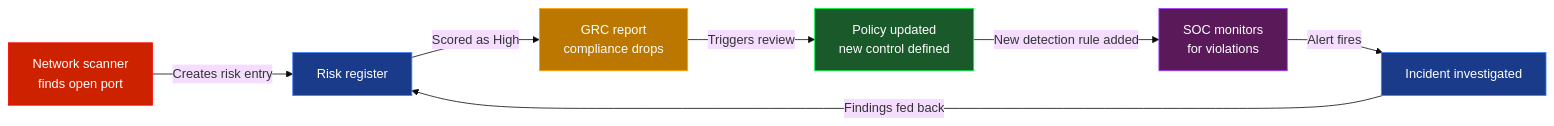
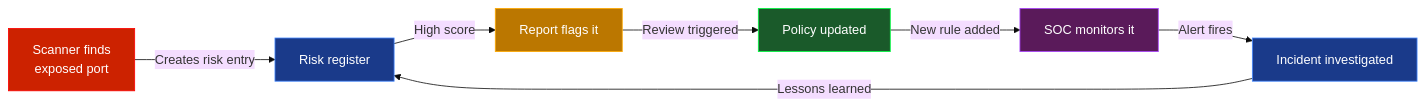
The fifth of 5 diagrams in README.md (Speed-boo3/grc-project), drawn with Mermaid (base theme) before and after one commit. The commit also changed other lines of this file, not shown here.

````diff
--- a/README.md
+++ b/README.md
@@ -286,16 +205,16 @@
 ```mermaid
 flowchart LR
-    A[Network scanner\nfinds open port] -->|Creates risk entry| B[Risk register]
-    B -->|Scored as High| C[GRC report\ncompliance drops]
-    C -->|Triggers review| D[Policy updated\nnew control defined]
-    D -->|New detection rule added| E[SOC monitors\nfor violations]
+    A[Scanner finds\nexposed port] -->|Creates risk entry| B[Risk register]
+    B -->|High score| C[Report flags it]
+    C -->|Review triggered| D[Policy updated]
+    D -->|New rule added| E[SOC monitors it]
     E -->|Alert fires| F[Incident investigated]
-    F -->|Findings fed back| B
+    F -->|Lessons learned| B
 
     style A fill:#cc2200,stroke:#ff0000,color:#ffffff
     style B fill:#1a3a8a,stroke:#4488ff,color:#ffffff
     style C fill:#bb7700,stroke:#ffaa00,color:#ffffff
     style D fill:#1a5a2a,stroke:#00ff41,color:#ffffff
     style E fill:#5a1a5a,stroke:#aa44ff,color:#ffffff
     style F fill:#1a3a8a,stroke:#4488ff,color:#ffffff
 ```
````
